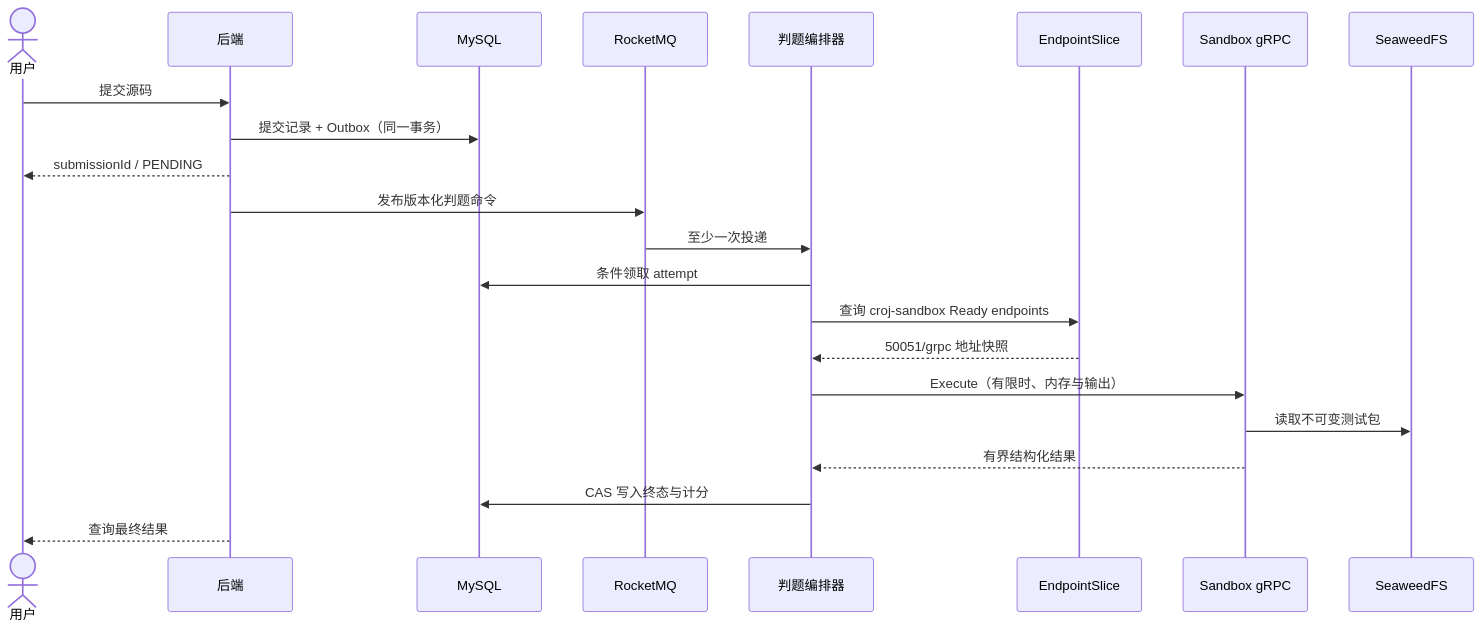
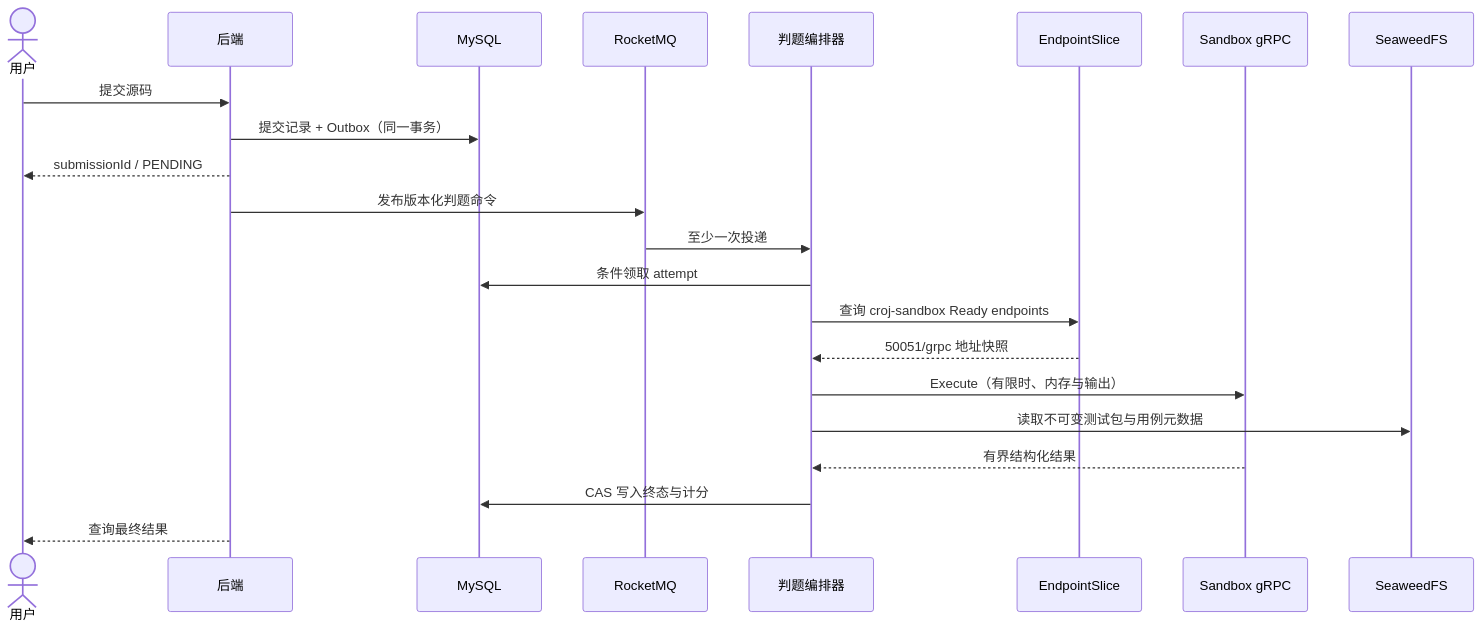
Before and after one commit to CodeRushOJ/croj-platform: the second of 2 diagrams in docs/architecture/platform.md, drawn with Mermaid. The commit also changed other lines of this file and 17 other files, not shown here.

````diff
--- a/docs/architecture/platform.md
+++ b/docs/architecture/platform.md
@@ -35,25 +40,25 @@
 ```mermaid
 sequenceDiagram
   actor User as 用户
   participant API as 后端
   participant DB as MySQL
   participant MQ as RocketMQ
   participant Judge as 判题编排器
   participant K8s as EndpointSlice
   participant Sandbox as Sandbox gRPC
   participant S3 as SeaweedFS
 
   User->>API: 提交源码
   API->>DB: 提交记录 + Outbox（同一事务）
   API-->>User: submissionId / PENDING
   API->>MQ: 发布版本化判题命令
   MQ->>Judge: 至少一次投递
   Judge->>DB: 条件领取 attempt
   Judge->>K8s: 查询 croj-sandbox Ready endpoints
   K8s-->>Judge: 50051/grpc 地址快照
   Judge->>Sandbox: Execute（有限时、内存与输出）
-  Sandbox->>S3: 读取不可变测试包
+  Judge->>S3: 读取不可变测试包与用例元数据
   Sandbox-->>Judge: 有界结构化结果
   Judge->>DB: CAS 写入终态与计分
   API-->>User: 查询最终结果
 ```
````
